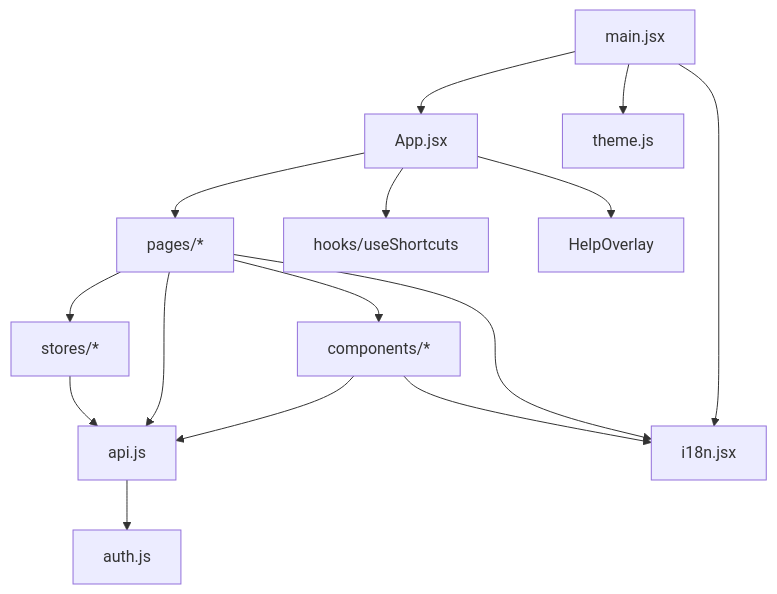
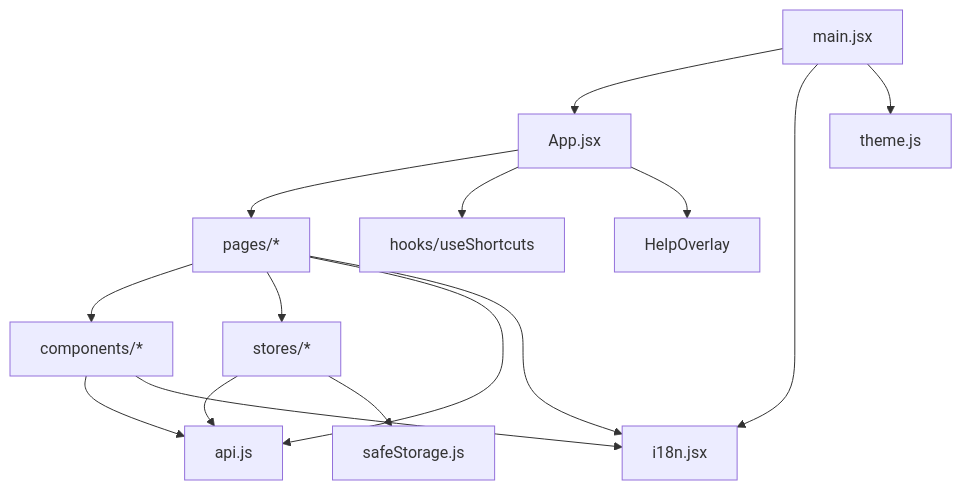
Before and after one commit to ZhanybekDev/notes-app: the third of 4 diagrams in docs/architecture.md, drawn with Mermaid. The commit also changed other lines of this file and 12 other files, not shown here.

````diff
--- a/docs/architecture.md
+++ b/docs/architecture.md
@@ -83,17 +83,17 @@
 ```mermaid
 graph TD
     MAIN[main.jsx] --> APP[App.jsx]
     APP --> PAGES["pages/*"]
     APP --> HOOKS[hooks/useShortcuts]
     APP --> HELP[HelpOverlay]
     PAGES --> COMP["components/*"]
     PAGES --> STORES["stores/*"]
     STORES --> API[api.js]
     PAGES --> API
     COMP --> API
     COMP --> I18N[i18n.jsx]
     PAGES --> I18N
-    API --> AUTH[auth.js]
+    STORES --> SAFE[safeStorage.js]
     MAIN --> I18N
     MAIN --> THEME[theme.js]
 ```
````
